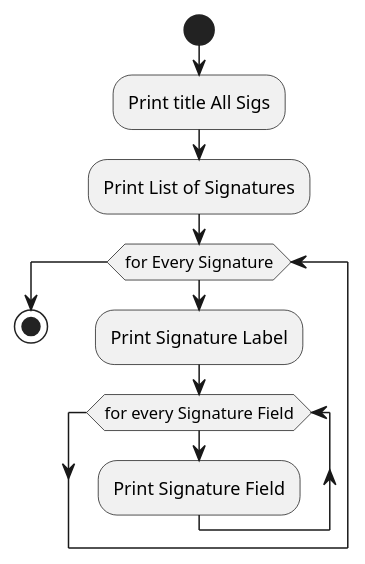
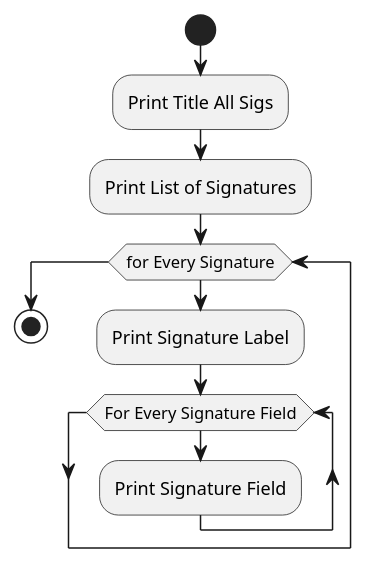
The diagram in src/main/javadoc/edu/gatech/gtri/obm/translator/alloy/doc-files/AlloyUtils_printOnlyThisSigs.puml (ontological-behavior-modeling/nist-obm-translator), drawn with PlantUML before and after one commit. The commit also changed 46 other files, not shown here.

```diff
--- a/src/main/javadoc/edu/gatech/gtri/obm/translator/alloy/doc-files/AlloyUtils_printOnlyThisSigs.puml
+++ b/src/main/javadoc/edu/gatech/gtri/obm/translator/alloy/doc-files/AlloyUtils_printOnlyThisSigs.puml
@@ -1,12 +1,12 @@
 @startuml
 start
-:Print title All Sigs;
+:Print Title All Sigs;
 :Print List of Signatures;
 while (for Every Signature)
 :Print Signature Label;
-while(for every Signature Field)
+while(For Every Signature Field)
 :Print Signature Field;
 endwhile
 endwhile
 stop
 @enduml
```
